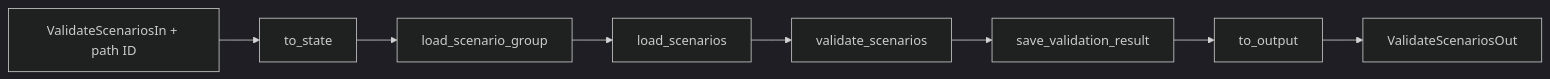
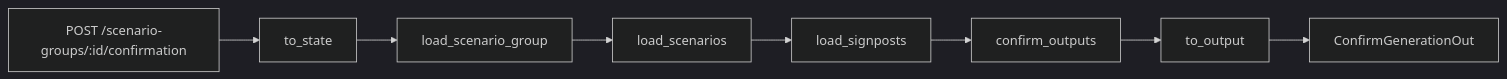
The seventh of 7 diagrams in docs/architectures/scenario_group_agent_logic.md (enkhbaatarL/skmip-mi-agent), drawn with Mermaid (dark theme) before and after one commit. The commit also changed other lines of this file, not shown here.

````diff
--- a/docs/architectures/scenario_group_agent_logic.md
+++ b/docs/architectures/scenario_group_agent_logic.md
@@ -475,10 +400,10 @@
 ```mermaid
 flowchart LR
-    A[ValidateScenariosIn + path ID] --> B[to_state]
+    A[POST /scenario-groups/:id/confirmation] --> B[to_state]
     B --> C[load_scenario_group]
     C --> D[load_scenarios]
-    D --> E[validate_scenarios]
-    E --> F[save_validation_result]
+    D --> E[load_signposts]
+    E --> F[confirm_outputs]
     F --> G[to_output]
-    G --> H[ValidateScenariosOut]
+    G --> H[ConfirmGenerationOut]
 ```
````
